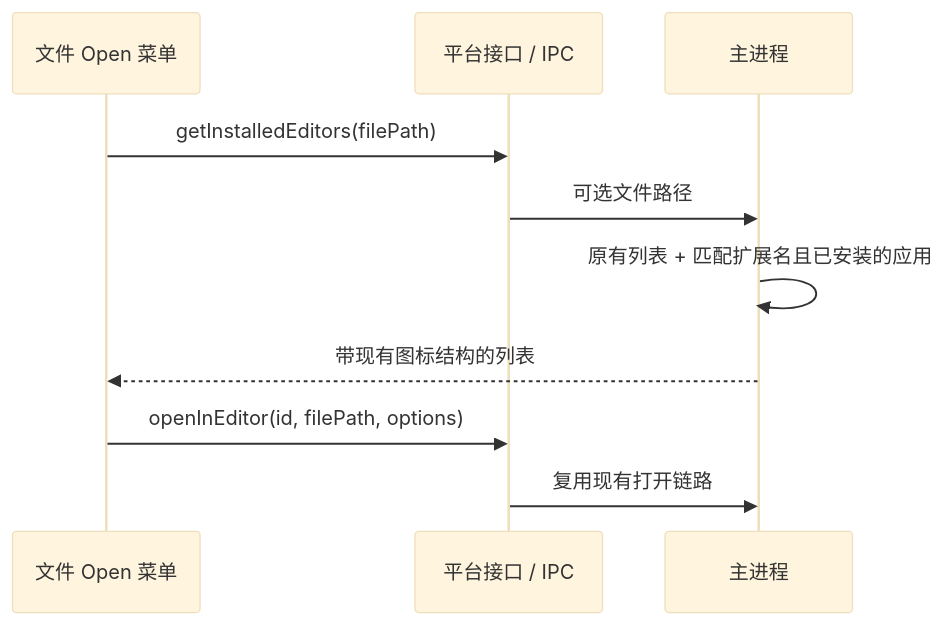
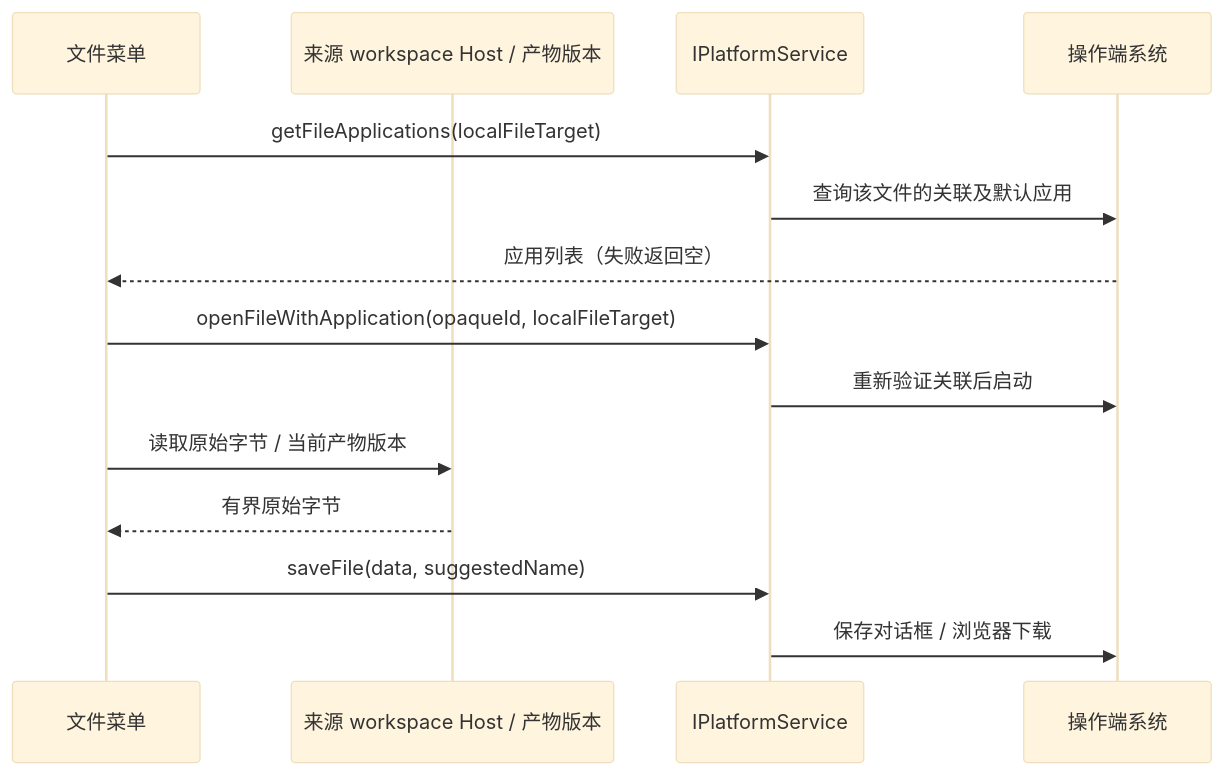
The diagram in docs/file-preview-open-apps.md (yuanbaobaoo/zcode-ohos), drawn with Mermaid (base theme) before and after one commit. The commit also changed other lines of this file and 5447 other files, not shown here.

````diff
--- a/docs/file-preview-open-apps.md
+++ b/docs/file-preview-open-apps.md
@@ -20,12 +44,16 @@
 ```mermaid
 sequenceDiagram
-    participant UI as 文件 Open 菜单
-    participant P as 平台接口 / IPC
-    participant M as 主进程
-    UI->>P: getInstalledEditors(filePath)
-    P->>M: 可选文件路径
-    M->>M: 原有列表 + 匹配扩展名且已安装的应用
-    M-->>UI: 带现有图标结构的列表
-    UI->>P: openInEditor(id, filePath, options)
-    P->>M: 复用现有打开链路
+    participant UI as 文件菜单
+    participant FS as 来源 workspace Host / 产物版本
+    participant P as IPlatformService
+    participant OS as 操作端系统
+    UI->>P: getFileApplications(localFileTarget)
+    P->>OS: 查询该文件的关联及默认应用
+    OS-->>UI: 应用列表（失败返回空）
+    UI->>P: openFileWithApplication(opaqueId, localFileTarget)
+    P->>OS: 重新验证关联后启动
+    UI->>FS: 读取原始字节 / 当前产物版本
+    FS-->>UI: 有界原始字节
+    UI->>P: saveFile(data, suggestedName)
+    P->>OS: 保存对话框 / 浏览器下载
 ```
````
